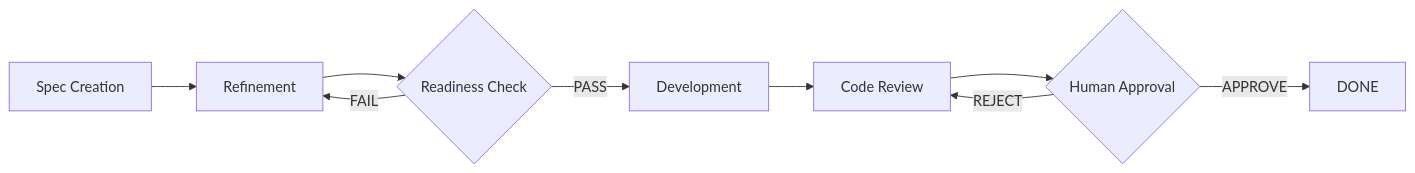
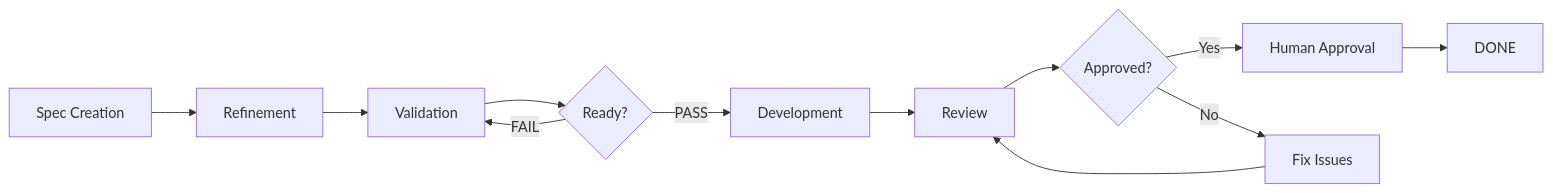
The first of 2 diagrams in README.md (samibel/scrum_workflow), drawn with Mermaid before and after one commit. The commit also changed other lines of this file and 42 other files, not shown here.

````diff
--- a/README.md
+++ b/README.md
@@ -49,11 +49,14 @@
 ```mermaid
 flowchart LR
     A[Spec Creation] --> B[Refinement]
-    B --> C{Readiness Check}
-    C -->|PASS| D[Development]
-    C -->|FAIL| B
-    D --> E[Code Review]
-    E --> F{Human Approval}
-    F -->|APPROVE| G[DONE]
-    F -->|REJECT| E
+    B --> C[Validation]
+    C --> D{Ready?}
+    D -->|PASS| E[Development]
+    D -->|FAIL| C
+    E --> F[Review]
+    F --> G{Approved?}
+    G -->|Yes| H[Human Approval]
+    G -->|No| I[Fix Issues]
+    I --> F
+    H --> J[DONE]
 ```
````
